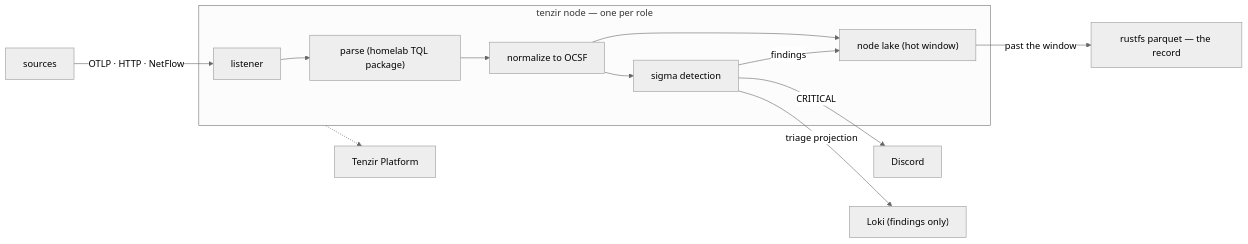
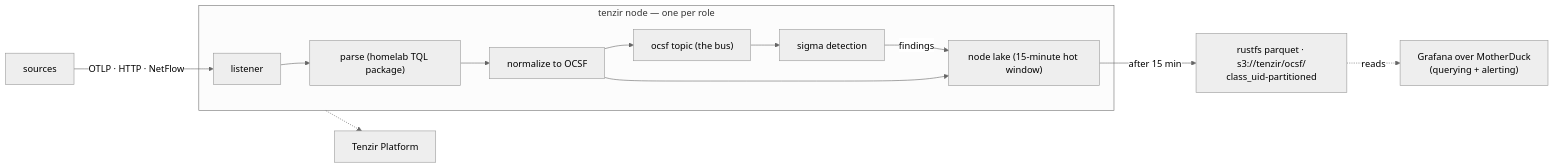
One commit to Apocrathia/homelab changed the diagram in flux/manifests/03-services/observability/tenzir/README.md. Above: the diagram before and after it, drawn with Mermaid (neutral theme). The commit also changed other lines of this file and 32 other files, not shown here.

First line of the commit message:
docs(observability): tenzir READMEs for the detection-bus topology

````diff
--- a/flux/manifests/03-services/observability/tenzir/README.md
+++ b/flux/manifests/03-services/observability/tenzir/README.md
@@ -38,17 +29,17 @@
 ```mermaid
 flowchart LR
     SRC["sources"] -->|"OTLP · HTTP · NetFlow"| IN[listener]
 
     subgraph NODE["tenzir node — one per role"]
         IN --> PARSE["parse (homelab TQL package)"]
         PARSE --> OCSF["normalize to OCSF"]
-        OCSF --> SIGMA["sigma detection"]
-        OCSF --> LAKE["node lake (hot window)"]
-        SIGMA -->|"findings"| LAKE
+        OCSF --> BUS["ocsf topic (the bus)"]
+        BUS --> SIGMA["sigma detection"]
+        SIGMA -->|"findings"| LAKE["node lake (15-minute hot window)"]
+        OCSF --> LAKE
     end
 
-    SIGMA -->|"CRITICAL"| DISC[Discord]
-    SIGMA -->|"triage projection"| LOKI["Loki (findings only)"]
-    LAKE -->|"past the window"| RUST["rustfs parquet — the record"]
+    LAKE -->|"after 15 min"| RUST["rustfs parquet · s3://tenzir/ocsf/<br/>class_uid-partitioned"]
+    RUST -.->|"reads"| GRAF["Grafana over MotherDuck<br/>(querying + alerting)"]
     NODE -.-> PLAT["Tenzir Platform"]
 ```
````
